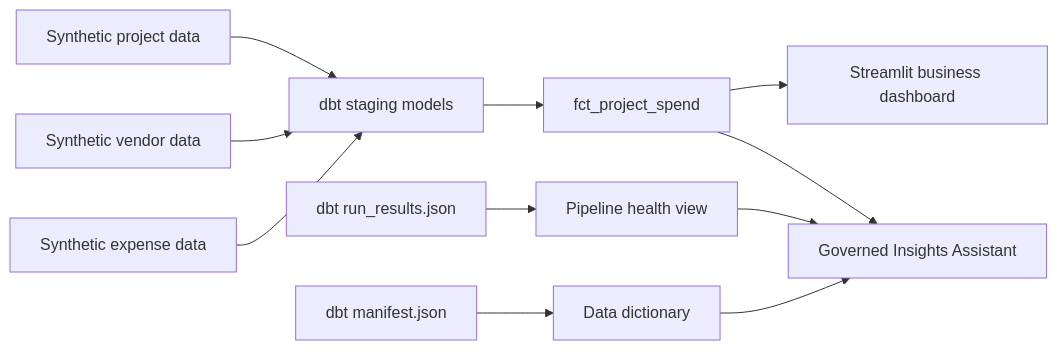
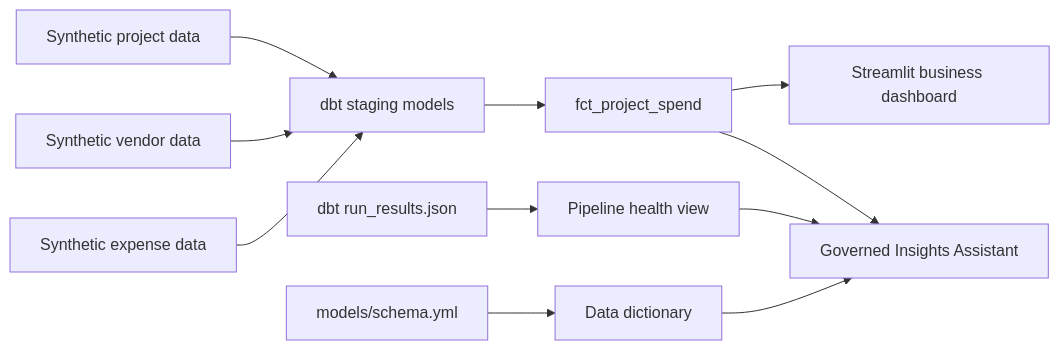
One commit to ravi-rajpurohit-gh/places-ops changed the diagram in README.md. Above: the diagram before and after it, drawn with Mermaid. The commit also changed other lines of this file and 7 other files, not shown here.

````diff
--- a/README.md
+++ b/README.md
@@ -93,13 +93,13 @@
 ```mermaid
 flowchart LR
     A["Synthetic project data"] --> D["dbt staging models"]
     B["Synthetic vendor data"] --> D
     C["Synthetic expense data"] --> D
     D --> E["fct_project_spend"]
     E --> F["Streamlit business dashboard"]
     G["dbt run_results.json"] --> H["Pipeline health view"]
-    I["dbt manifest.json"] --> J["Data dictionary"]
+    I["models/schema.yml"] --> J["Data dictionary"]
     E --> K["Governed Insights Assistant"]
     H --> K
     J --> K
 ```
````
